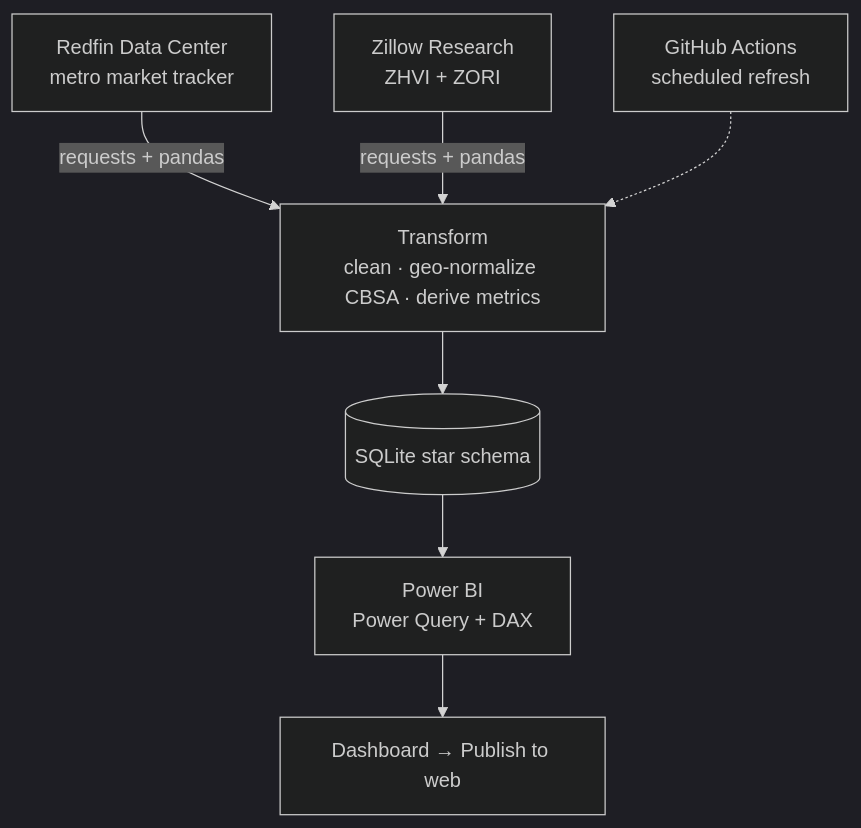
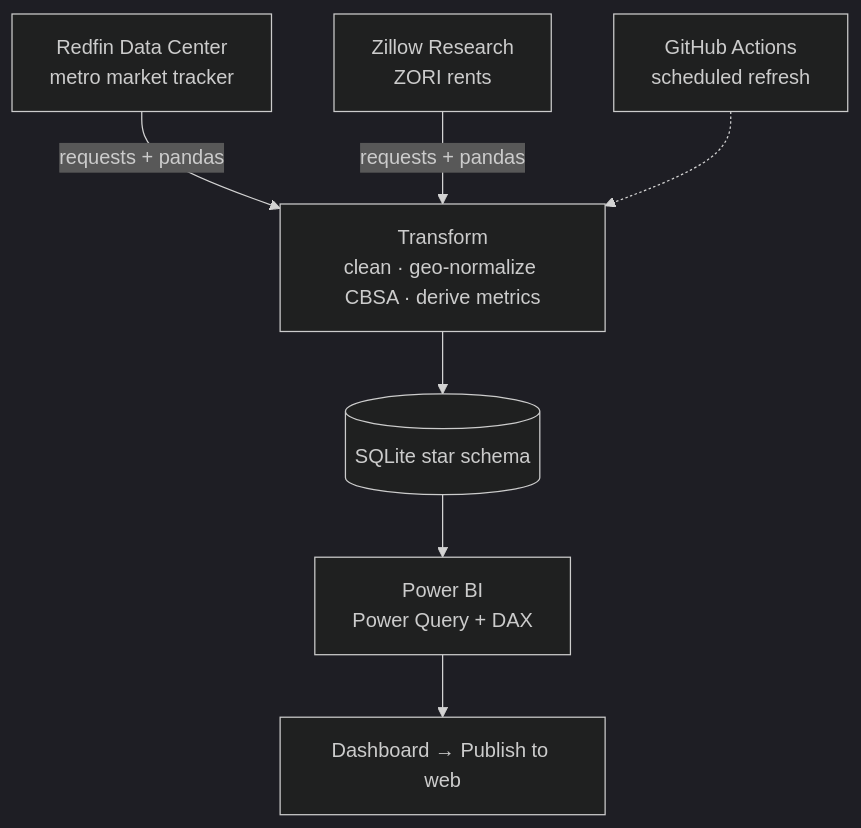
The diagram in README.md (Jazz-H/Parcel), drawn with Mermaid (dark theme) before and after one commit. The commit also changed other lines of this file and 4 other files, not shown here.

````diff
--- a/README.md
+++ b/README.md
@@ -17,9 +17,9 @@
 ```mermaid
 flowchart TD
     A[Redfin Data Center<br/>metro market tracker] -->|requests + pandas| C
-    B[Zillow Research<br/>ZHVI + ZORI] -->|requests + pandas| C
+    B[Zillow Research<br/>ZORI rents] -->|requests + pandas| C
     C[Transform<br/>clean · geo-normalize CBSA · derive metrics] --> D[(SQLite star schema)]
     D --> E[Power BI<br/>Power Query + DAX]
     E --> F[Dashboard → Publish to web]
     G[GitHub Actions<br/>scheduled refresh] -.-> C
 ```
````
